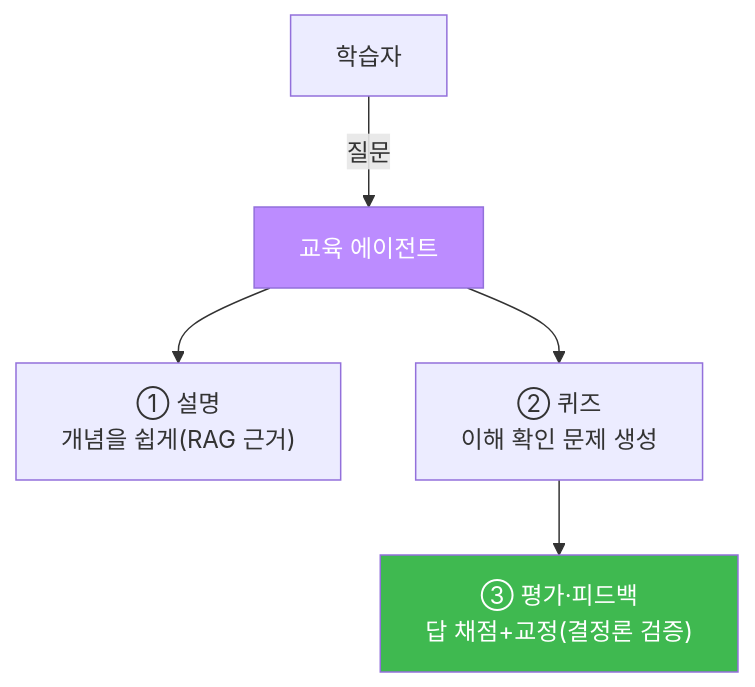
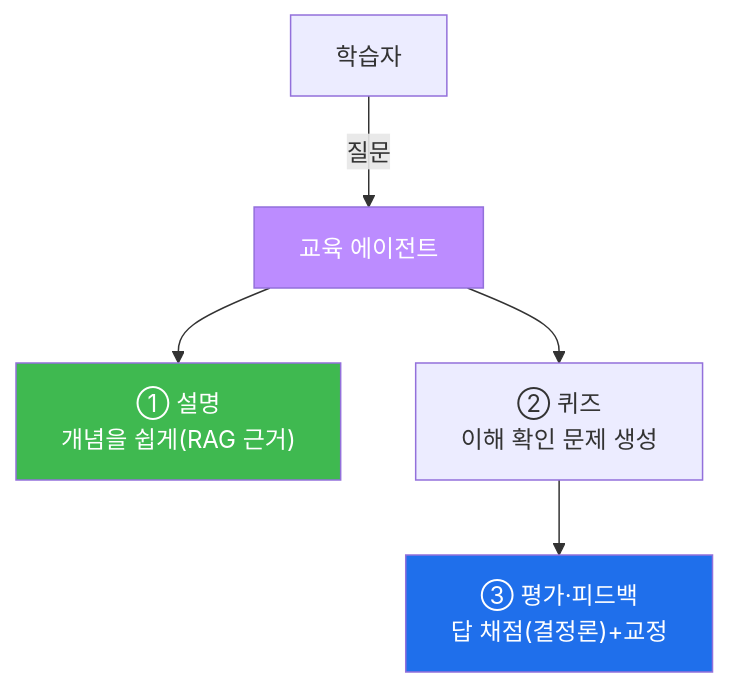
One commit to mrgrit/tw2 changed the first of 7 diagrams in contents/training/aisec/lecture_week15.md. Above: the diagram before and after it, drawn with Mermaid. The commit also changed other lines of this file and 304 other files, not shown here.

````diff
--- a/contents/training/aisec/lecture_week15.md
+++ b/contents/training/aisec/lecture_week15.md
@@ -46,9 +68,10 @@
 ```mermaid
 graph TD
     L["학습자"] -->|질문| T["교육 에이전트"]
     T --> E["① 설명<br/>개념을 쉽게(RAG 근거)"]
     T --> Q["② 퀴즈<br/>이해 확인 문제 생성"]
-    Q --> G["③ 평가·피드백<br/>답 채점+교정(결정론 검증)"]
+    Q --> G["③ 평가·피드백<br/>답 채점(결정론)+교정"]
     style T fill:#bc8cff,color:#fff
-    style G fill:#3fb950,color:#fff
+    style E fill:#3fb950,color:#fff
+    style G fill:#1f6feb,color:#fff
 ```
````
